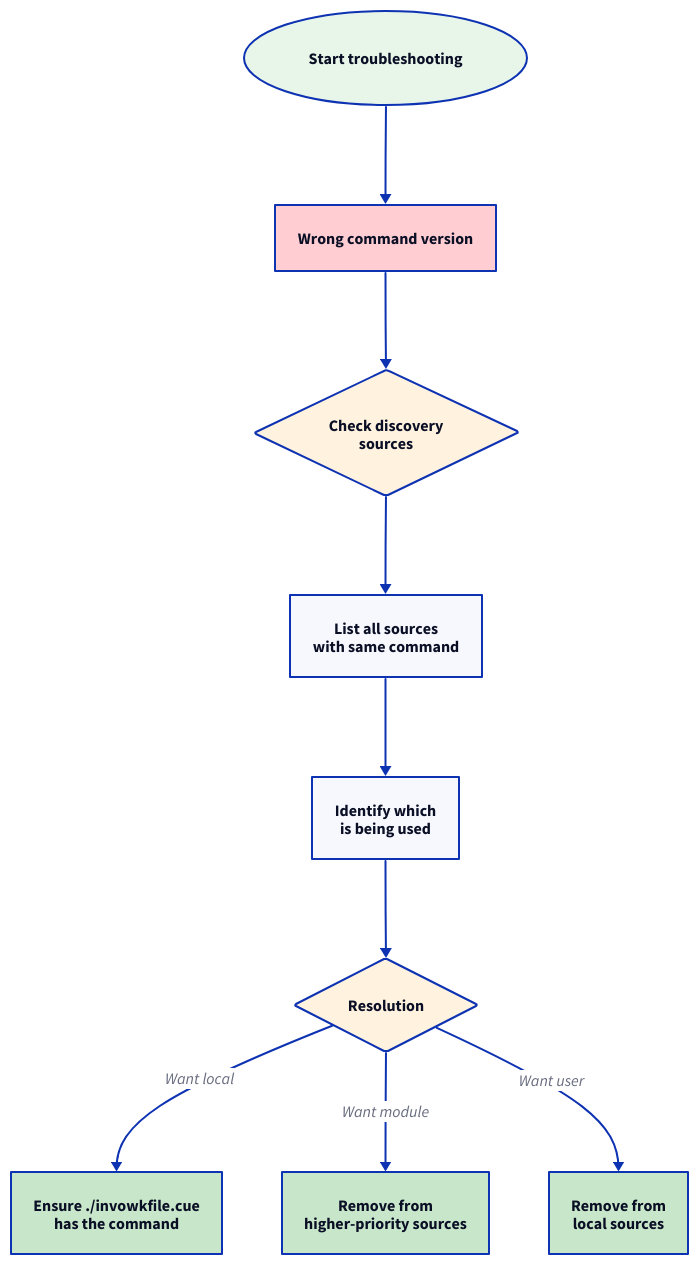
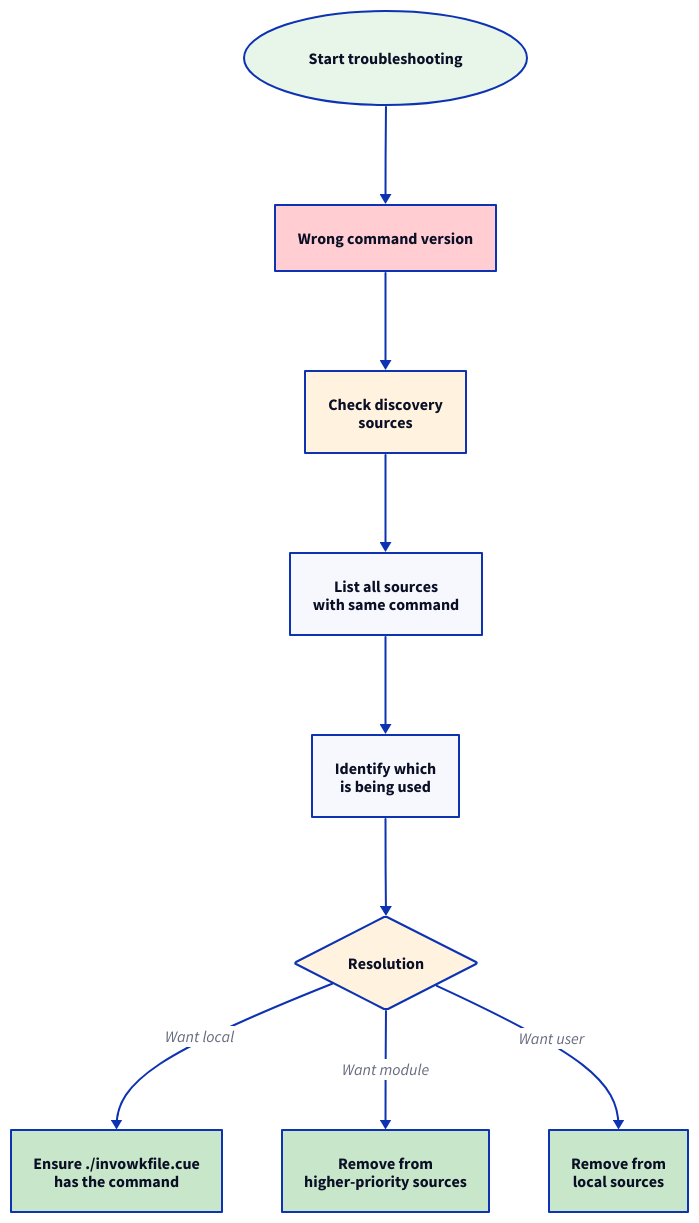
One commit to invowk/invowk changed the diagram in docs/diagrams/flowcharts/discovery-wrong-version.d2. Above: the diagram before and after it, drawn with D2. The commit also changed 49 other files, not shown here. The source asks for the TALA layout; these drawings use dagre instead.

First line of the commit message:
docs(diagrams): enforce TALA diagram renders

```diff
--- a/docs/diagrams/flowcharts/discovery-wrong-version.d2
+++ b/docs/diagrams/flowcharts/discovery-wrong-version.d2
@@ -1,58 +1,57 @@
 # Wrong Command Version Troubleshooting Flowchart
 #
 # Diagnostic flowchart for when the wrong version of a command
 # is being executed, guiding users to resolve priority conflicts.
 #
 # Source: docs/architecture/flowchart-discovery.md
 
 vars: {
   d2-config: {
     layout-engine: tala
   }
 }
 
 direction: down
 
 Start: Start troubleshooting {
   shape: oval
   style.fill: "#E8F5E9"
 }
 
 Wrong: Wrong command version {
   style.fill: "#FFCDD2"
 }
 
 CheckPriority: Check discovery\nsources {
-  shape: diamond
   style.fill: "#FFF3E0"
 }
 
 ListSources: List all sources\nwith same command
 
 Identify: Identify which\nis being used
 
 Fix: Resolution {
   shape: diamond
   style.fill: "#FFF3E0"
 }
 
 Ensure1: Ensure ./invowkfile.cue\nhas the command {
   style.fill: "#C8E6C9"
 }
 
 Ensure2: Remove from\nhigher-priority sources {
   style.fill: "#C8E6C9"
 }
 
 Ensure3: Remove from\nlocal sources {
   style.fill: "#C8E6C9"
 }
 
 Start -> Wrong
 Wrong -> CheckPriority
 CheckPriority -> ListSources
 ListSources -> Identify
 Identify -> Fix
 Fix -> Ensure1: Want local
 Fix -> Ensure2: Want module
 Fix -> Ensure3: Want user
```
